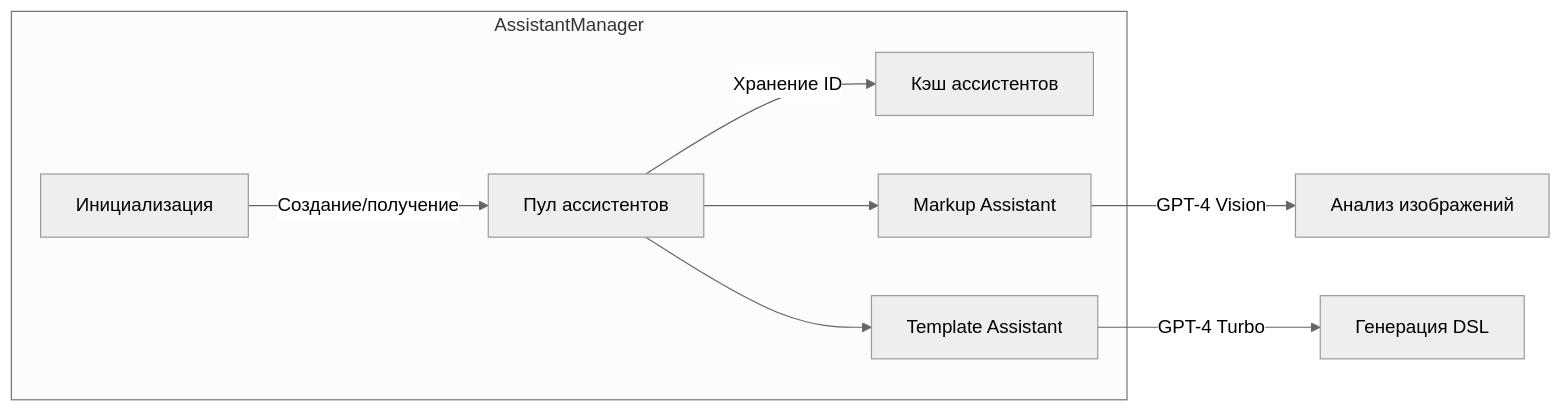
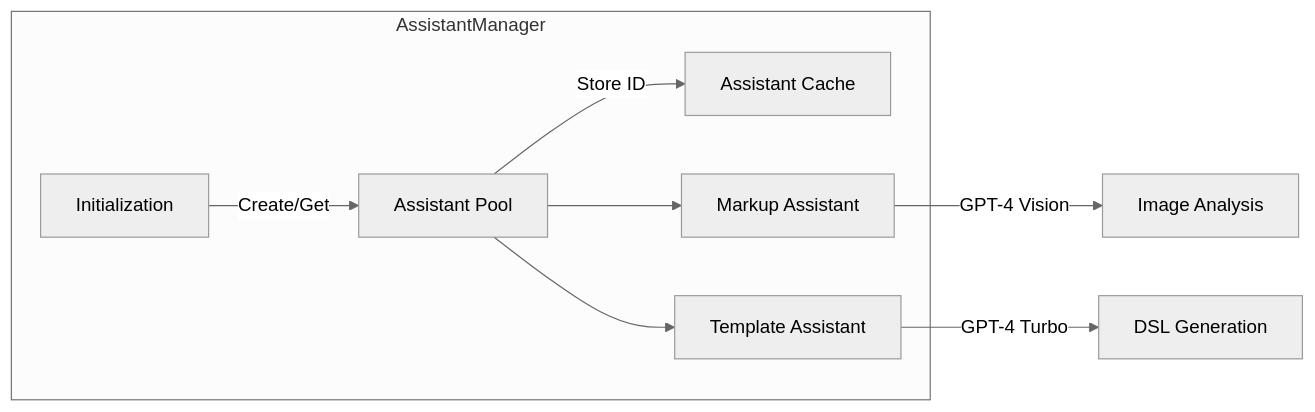
Before and after one commit to olegische/roro-tasks: the fifth of 7 diagrams in docs-task/document_processor_v2/ARCHITECTURE.md, drawn with Mermaid (neutral theme). The commit also changed other lines of this file, not shown here.

````diff
--- a/docs-task/document_processor_v2/ARCHITECTURE.md
+++ b/docs-task/document_processor_v2/ARCHITECTURE.md
@@ -146,12 +146,12 @@
 ```mermaid
 graph LR
     subgraph "AssistantManager"
-        Init[Инициализация] -->|"Создание/получение"| Pool[Пул ассистентов]
-        Pool -->|"Хранение ID"| Cache[Кэш ассистентов]
+        Init[Initialization] -->|"Create/Get"| Pool[Assistant Pool]
+        Pool -->|"Store ID"| Cache[Assistant Cache]
         Pool --> MA[Markup Assistant]
         Pool --> TA[Template Assistant]
     end
     
-    MA -->|"GPT-4 Vision"| Vision[Анализ изображений]
-    TA -->|"GPT-4 Turbo"| DSL[Генерация DSL]
+    MA -->|"GPT-4 Vision"| Vision[Image Analysis]
+    TA -->|"GPT-4 Turbo"| DSL[DSL Generation]
 ```
````
